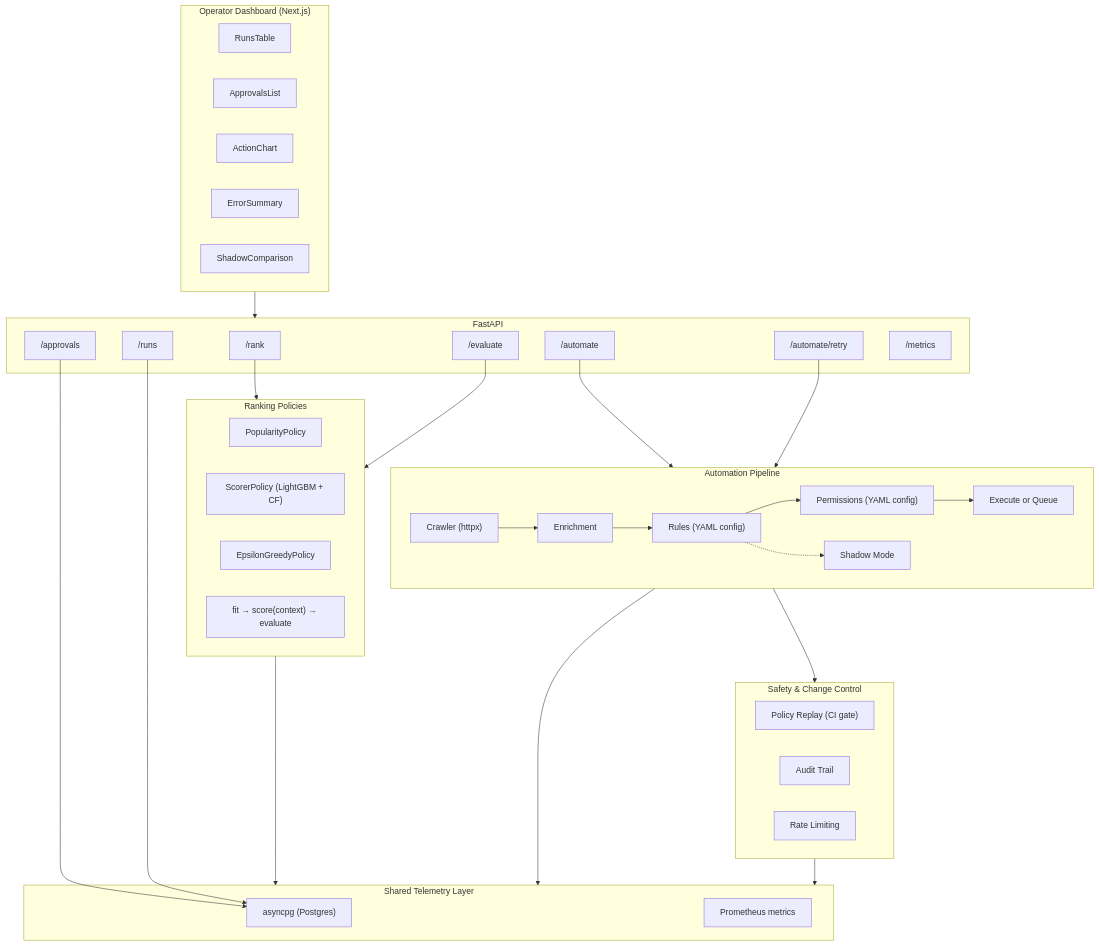
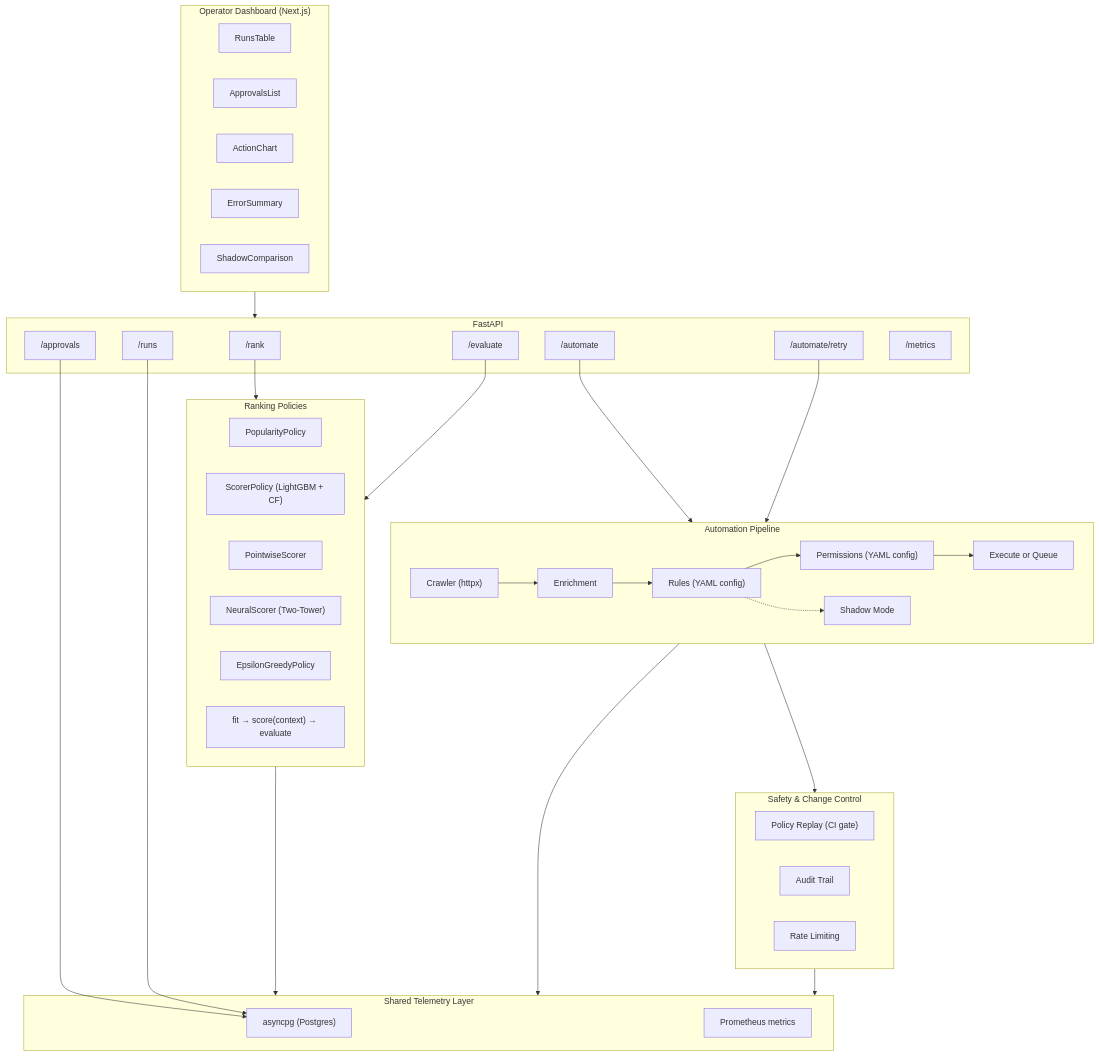
One commit to tyy0811/decide-hub changed the diagram in README.md. Above: the diagram before and after it, drawn with Mermaid. The commit also changed other lines of this file and 1 other file, not shown here.

````diff
--- a/README.md
+++ b/README.md
@@ -13,63 +13,65 @@
 ```mermaid
 graph TB
     subgraph API["FastAPI"]
         rank["/rank"]
         evaluate["/evaluate"]
         automate["/automate"]
         approvals["/approvals"]
         retry["/automate/retry"]
         runs["/runs"]
         metrics["/metrics"]
     end
 
     subgraph Ranking["Ranking Policies"]
         pop["PopularityPolicy"]
         scorer["ScorerPolicy (LightGBM + CF)"]
+        pointwise["PointwiseScorer"]
+        neural["NeuralScorer (Two-Tower)"]
         bandit["EpsilonGreedyPolicy"]
         flow1["fit → score(context) → evaluate"]
     end
 
     subgraph Automation["Automation Pipeline"]
         crawler["Crawler (httpx)"]
         enrichment["Enrichment"]
         rules["Rules (YAML config)"]
         permissions["Permissions (YAML config)"]
         execute["Execute or Queue"]
         shadow["Shadow Mode"]
 
         crawler --> enrichment --> rules --> permissions --> execute
         rules -.-> shadow
     end
 
     subgraph Safety["Safety & Change Control"]
         replay["Policy Replay (CI gate)"]
         audit["Audit Trail"]
         rate_limit["Rate Limiting"]
     end
 
     subgraph Telemetry["Shared Telemetry Layer"]
         pg["asyncpg (Postgres)"]
         prom["Prometheus metrics"]
     end
 
     subgraph Dashboard["Operator Dashboard (Next.js)"]
         runs_table["RunsTable"]
         approvals_list["ApprovalsList"]
         action_chart["ActionChart"]
         error_summary["ErrorSummary"]
         shadow_cmp["ShadowComparison"]
     end
 
     rank --> Ranking
     evaluate --> Ranking
     automate --> Automation
     retry --> Automation
     approvals --> pg
     runs --> pg
 
     Ranking --> Telemetry
     Automation --> Telemetry
     Automation --> Safety
     Safety --> Telemetry
     Dashboard --> API
 ```
````
